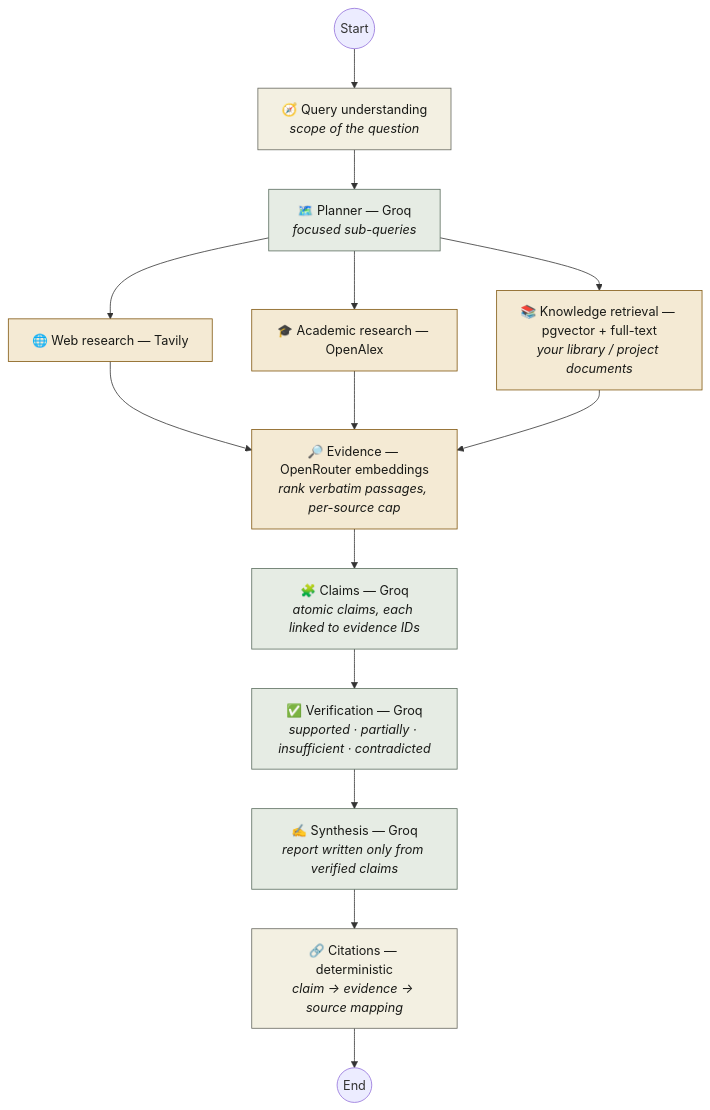
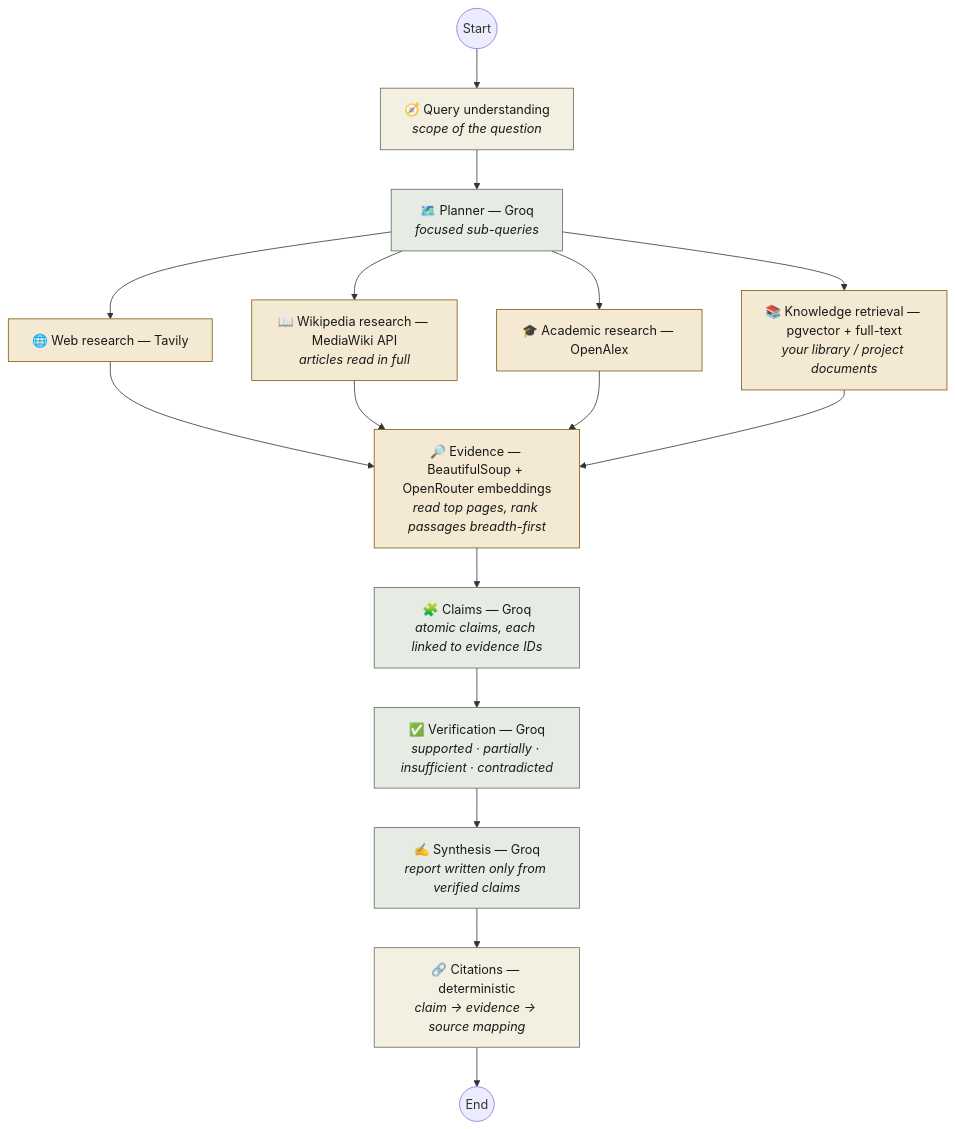
The second of 11 diagrams in README.md (Nakshatra480/Pramaan-AI), drawn with Mermaid before and after one commit. The commit also changed other lines of this file and 6 other files, not shown here.

````diff
--- a/README.md
+++ b/README.md
@@ -107,27 +109,29 @@
 ```mermaid
 flowchart TD
     START((Start)) --> QU["🧭 Query understanding<br/><i>scope of the question</i>"]
     QU --> PL["🗺️ Planner — Groq<br/><i>focused sub-queries</i>"]
 
     PL --> WEB["🌐 Web research — Tavily"]
+    PL --> WIK["📖 Wikipedia research — MediaWiki API<br/><i>articles read in full</i>"]
     PL --> ACA["🎓 Academic research — OpenAlex"]
     PL --> KR["📚 Knowledge retrieval — pgvector + full-text<br/><i>your library / project documents</i>"]
 
     WEB --> EV
+    WIK --> EV
     ACA --> EV
     KR --> EV
 
-    EV["🔎 Evidence — OpenRouter embeddings<br/><i>rank verbatim passages, per-source cap</i>"]
+    EV["🔎 Evidence — BeautifulSoup + OpenRouter embeddings<br/><i>read top pages, rank passages breadth-first</i>"]
     EV --> CL["🧩 Claims — Groq<br/><i>atomic claims, each linked to evidence IDs</i>"]
     CL --> VE["✅ Verification — Groq<br/><i>supported · partially · insufficient · contradicted</i>"]
     VE --> SY["✍️ Synthesis — Groq<br/><i>report written only from verified claims</i>"]
     SY --> CI["🔗 Citations — deterministic<br/><i>claim → evidence → source mapping</i>"]
     CI --> END((End))
 
     classDef llm fill:#E6ECE4,stroke:#5A6D5E,color:#191A17
     classDef search fill:#F4EAD4,stroke:#80570F,color:#191A17
     classDef det fill:#F3F0E2,stroke:#65675E,color:#191A17
     class PL,CL,VE,SY llm
-    class WEB,ACA,KR,EV search
+    class WEB,WIK,ACA,KR,EV search
     class QU,CI det
 ```
````
